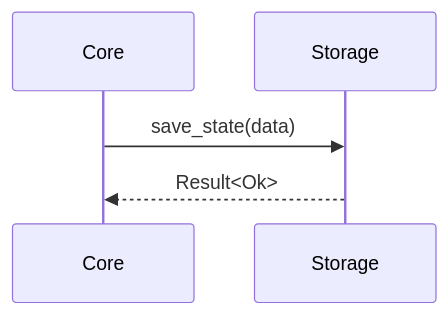
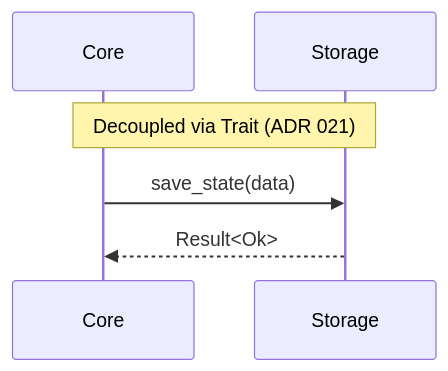
Diagram 17 of 17 in docs/architecture.md (madmax983/skunkworks), drawn with Mermaid before and after one commit. The commit also changed other lines of this file and 1 other file, not shown here.

Commit message:
docs: add ADR 021 and update architecture map

````diff
--- a/docs/architecture.md
+++ b/docs/architecture.md
@@ -433,8 +433,9 @@
 ```mermaid
 sequenceDiagram
     participant C as Core
     participant S as Storage
 
+    Note over C,S: Decoupled via Trait (ADR 021)
     C->>S: save_state(data)
     S-->>C: Result<Ok>
 ```
````
